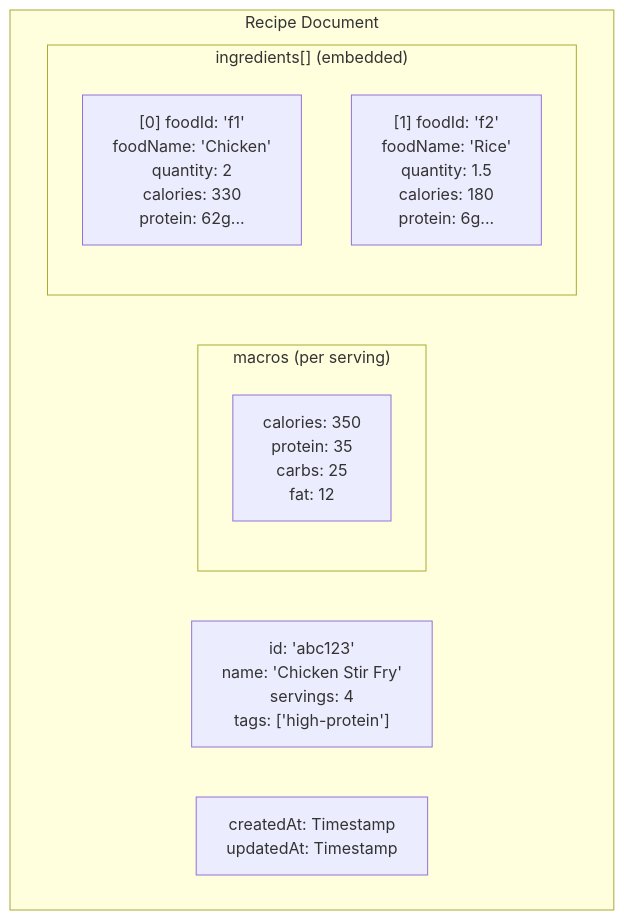
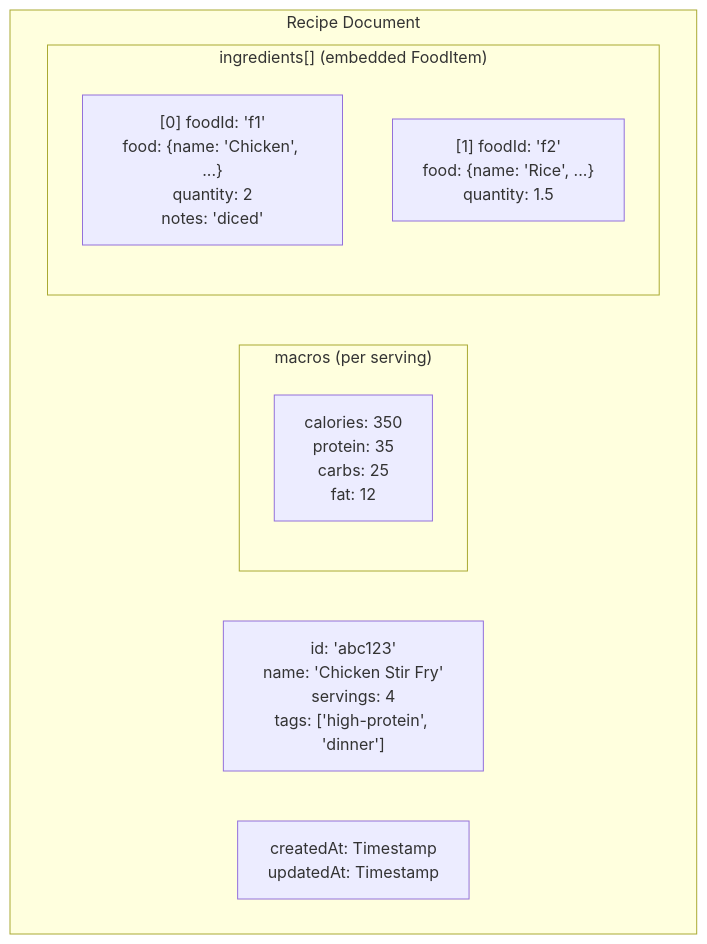
Before and after one commit to TimothyYao/meal-planning: diagram 16 of 26 in doc/recipes-design.md, drawn with Mermaid. The commit also changed other lines of this file and 1 other file, not shown here.

First line of the commit message:
Simplify data models: use tags-only and align RecipeIngredient with MealFood

````diff
--- a/doc/recipes-design.md
+++ b/doc/recipes-design.md
@@ -523,17 +519,17 @@
 ```mermaid
 flowchart TB
     subgraph RecipeDoc["Recipe Document"]
-        Meta["id: 'abc123'<br/>name: 'Chicken Stir Fry'<br/>servings: 4<br/>tags: ['high-protein']"]
+        Meta["id: 'abc123'<br/>name: 'Chicken Stir Fry'<br/>servings: 4<br/>tags: ['high-protein', 'dinner']"]
         
         subgraph Macros["macros (per serving)"]
             M["calories: 350<br/>protein: 35<br/>carbs: 25<br/>fat: 12"]
         end
         
-        subgraph Ingredients["ingredients[] (embedded)"]
-            Ing1["[0] foodId: 'f1'<br/>foodName: 'Chicken'<br/>quantity: 2<br/>calories: 330<br/>protein: 62g..."]
-            Ing2["[1] foodId: 'f2'<br/>foodName: 'Rice'<br/>quantity: 1.5<br/>calories: 180<br/>protein: 6g..."]
+        subgraph Ingredients["ingredients[] (embedded FoodItem)"]
+            Ing1["[0] foodId: 'f1'<br/>food: {name: 'Chicken', ...}<br/>quantity: 2<br/>notes: 'diced'"]
+            Ing2["[1] foodId: 'f2'<br/>food: {name: 'Rice', ...}<br/>quantity: 1.5"]
         end
         
         Times["createdAt: Timestamp<br/>updatedAt: Timestamp"]
     end
 ```
````
